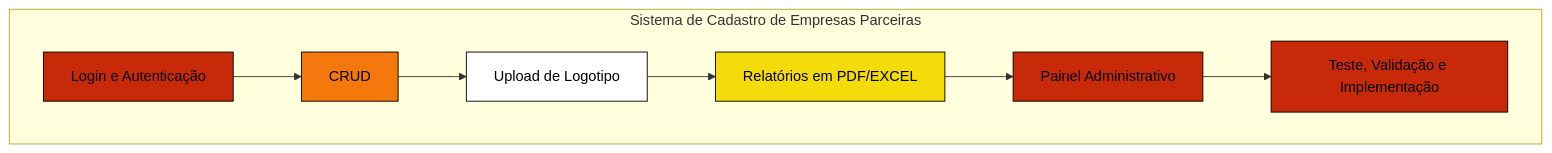
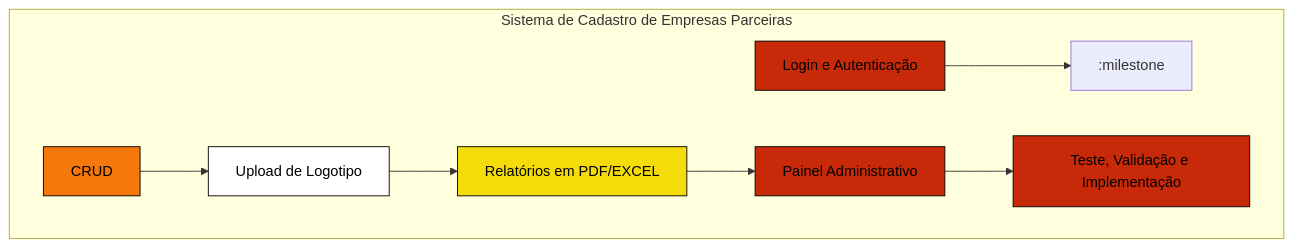
One commit to MaxPichy/teste_gannt3 changed the second of 2 diagrams in ATIVIDADE1.md. Above: the diagram before and after it, drawn with Mermaid.

````diff
--- a/ATIVIDADE1.md
+++ b/ATIVIDADE1.md
@@ -35,17 +35,22 @@
 ```mermaid
 graph TD
 
     classDef white color:#000, fill:#FFF, stroke:#000, stroke-width:1px;
     classDef yellow color:#000, fill:#F4DC0B, stroke:#000, stroke-width:1px;
     classDef orange color:#000, fill:#F4780B, stroke:#000, stroke-width:1px;
     classDef red color:#000, fill:#C82909, stroke:#000, stroke-width:1px;
 
     subgraph Sistema de Cadastro de Empresas Parceiras
         A1["Login e Autenticação"]:::red-->
+        :milestone
         A2["CRUD"]:::orange-->
+
         A3["Upload de Logotipo"]:::white-->
+
         A4["Relatórios em PDF/EXCEL"]:::yellow-->
+
         A5["Painel Administrativo"]:::red-->
+
         A6["Teste, Validação e Implementação"]:::red
     end
 ```
````
